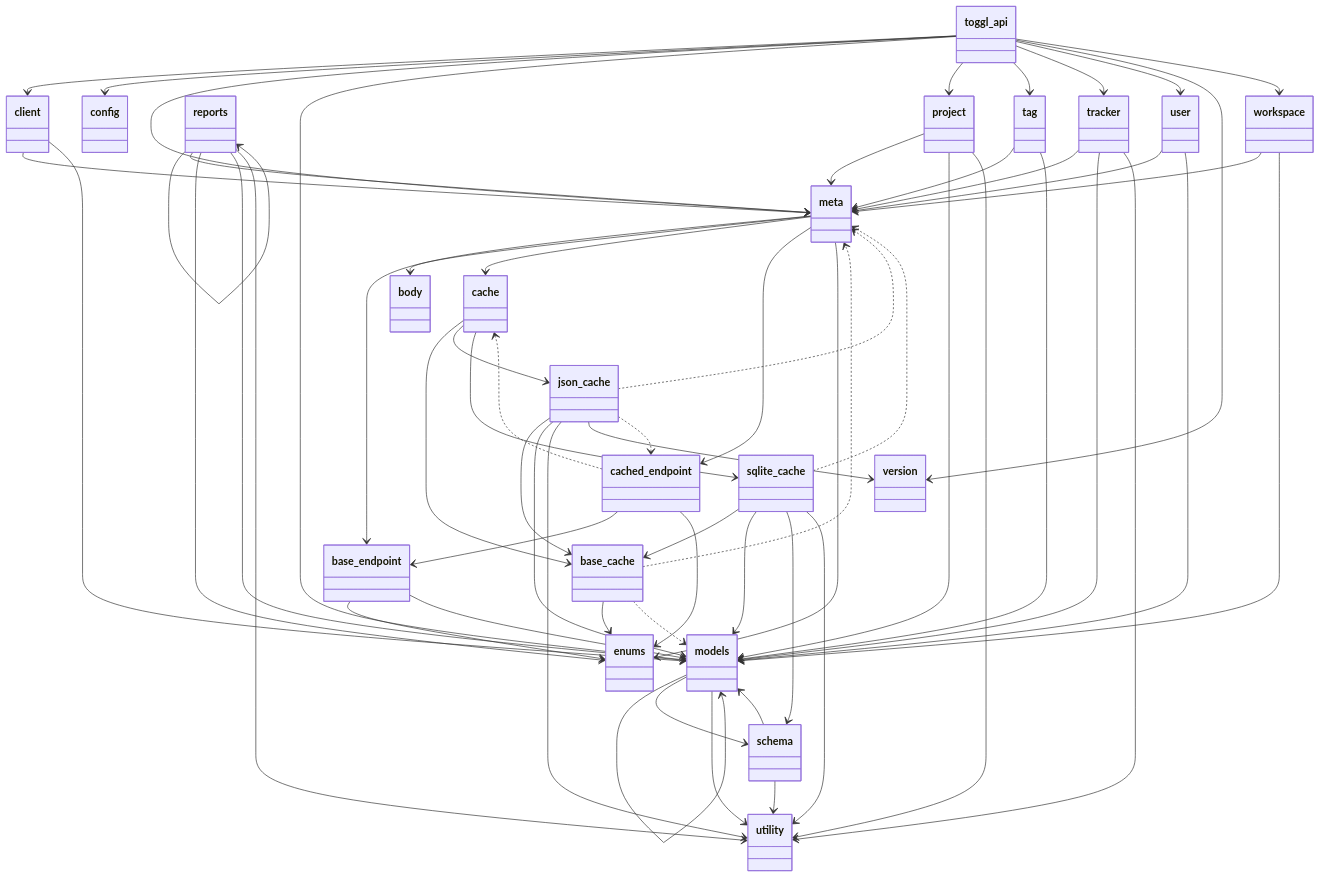
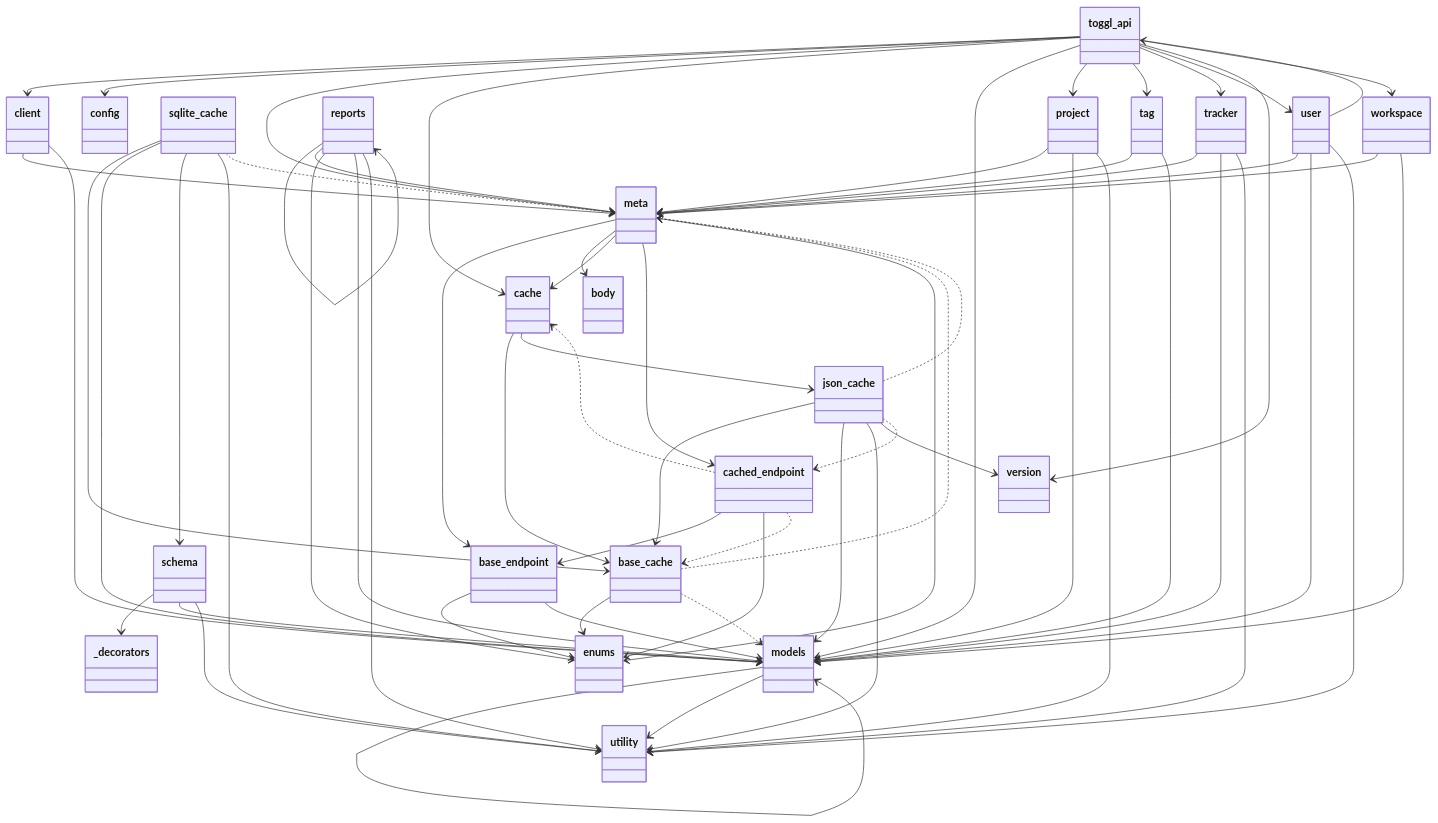
Before and after one commit to ddkasa/toggl-api-wrapper: the diagram in docs/static/mermaid/packages.mmd, drawn with Mermaid. The commit also changed 1 other file, not shown here.

Commit message:
docs(api): update mermaid graphs

```diff
--- a/docs/static/mermaid/packages.mmd
+++ b/docs/static/mermaid/packages.mmd
@@ -1,110 +1,115 @@
 classDiagram
   class toggl_api {
   }
   class client {
   }
   class config {
   }
   class meta {
   }
   class base_endpoint {
   }
   class body {
   }
   class cache {
   }
   class base_cache {
   }
   class json_cache {
   }
   class sqlite_cache {
   }
   class cached_endpoint {
   }
   class enums {
   }
   class models {
   }
+  class _decorators {
+  }
   class models {
   }
   class schema {
   }
   class project {
   }
   class reports {
   }
   class reports {
   }
   class tag {
   }
   class tracker {
   }
   class user {
   }
   class utility {
   }
   class version {
   }
   class workspace {
   }
   toggl_api --> client
   toggl_api --> config
   toggl_api --> meta
+  toggl_api --> cache
   toggl_api --> models
   toggl_api --> project
   toggl_api --> tag
   toggl_api --> tracker
   toggl_api --> user
   toggl_api --> version
   toggl_api --> workspace
   client --> meta
   client --> models
   meta --> base_endpoint
   meta --> body
   meta --> cache
   meta --> cached_endpoint
   meta --> enums
   base_endpoint --> enums
   base_endpoint --> models
   cache --> base_cache
   cache --> json_cache
-  cache --> sqlite_cache
   base_cache --> enums
   json_cache --> base_cache
   json_cache --> models
   json_cache --> utility
   json_cache --> version
   sqlite_cache --> base_cache
   sqlite_cache --> models
   sqlite_cache --> schema
   sqlite_cache --> utility
   cached_endpoint --> base_endpoint
   cached_endpoint --> enums
   models --> models
-  models --> schema
   models --> utility
+  schema --> _decorators
   schema --> models
   schema --> utility
   project --> meta
   project --> models
   project --> utility
   reports --> reports
   reports --> meta
   reports --> enums
   reports --> models
   reports --> utility
   tag --> meta
   tag --> models
   tracker --> meta
   tracker --> models
   tracker --> utility
+  user --> toggl_api
   user --> meta
   user --> models
+  user --> utility
   workspace --> meta
   workspace --> models
   base_cache ..> meta
   base_cache ..> models
   json_cache ..> meta
   json_cache ..> cached_endpoint
   sqlite_cache ..> meta
   cached_endpoint ..> cache
+  cached_endpoint ..> base_cache
```
